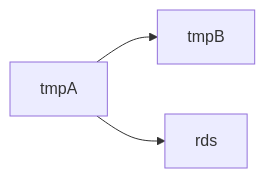
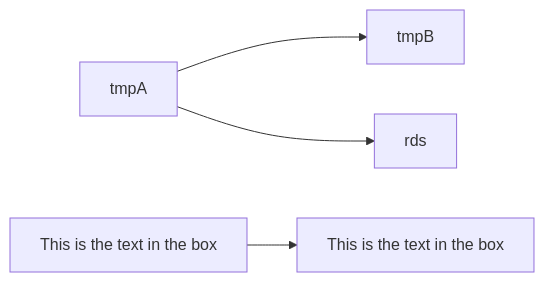
One commit to Yuji-Doken/tmpA changed the diagram in README.md. Above: the diagram before and after it, drawn with Mermaid.

````diff
--- a/README.md
+++ b/README.md
@@ -3,5 +3,6 @@
 ```mermaid
 flowchart LR
     tmpA --> tmpB
     tmpA --> rds
+    id1[This is the text in the box] --> id2[This is the text in the box]
 ```
````
